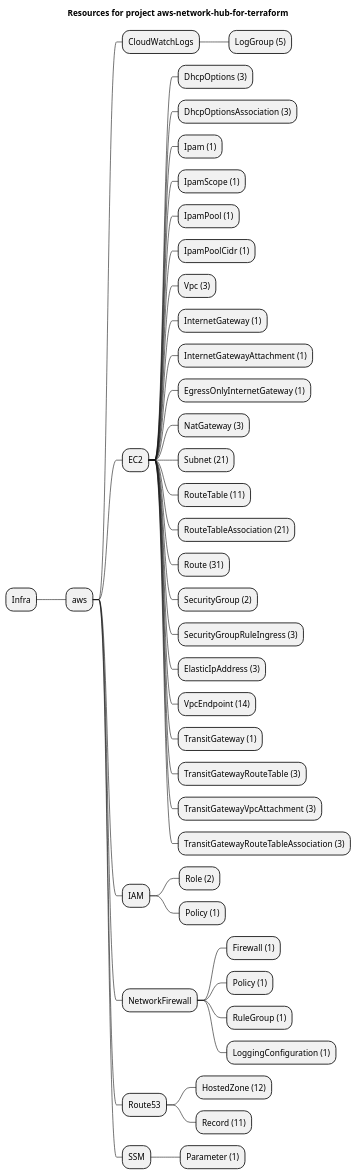
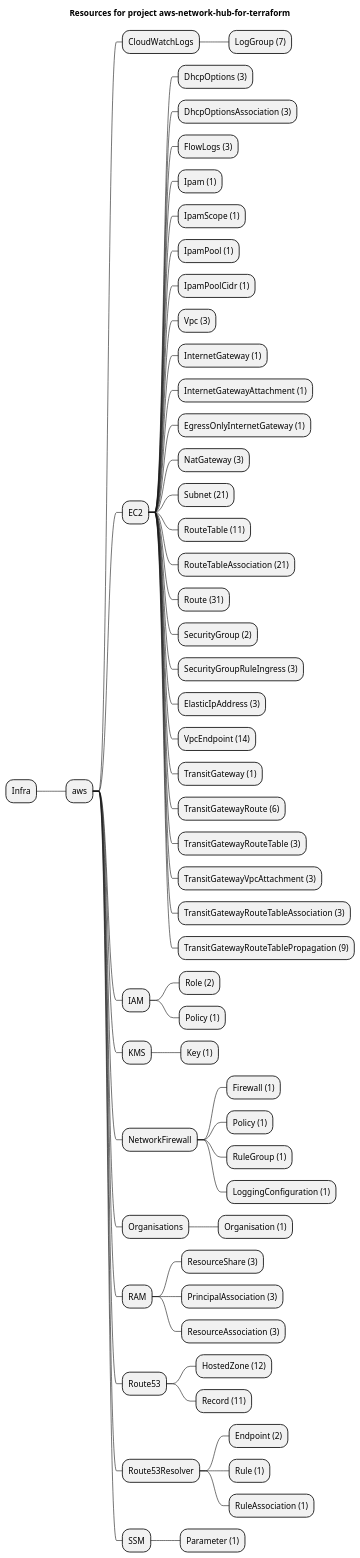
One commit to grucloud/grucloud changed the diagram in examples/aws/aws-samples/aws-network-hub-for-terraform/artifacts/resources-mindmap.puml. Above: the diagram before and after it, drawn with PlantUML. The commit also changed 478 other files, not shown here.

```diff
--- a/examples/aws/aws-samples/aws-network-hub-for-terraform/artifacts/resources-mindmap.puml
+++ b/examples/aws/aws-samples/aws-network-hub-for-terraform/artifacts/resources-mindmap.puml
@@ -1,45 +1,60 @@
 @startmindmap
 title Resources for project aws-network-hub-for-terraform
 skinparam monochrome true
 + Infra
 ++ aws
 +++ CloudWatchLogs
-++++ LogGroup (5)
+++++ LogGroup (7)
 +++ EC2
 ++++ DhcpOptions (3)
 ++++ DhcpOptionsAssociation (3)
+++++ FlowLogs (3)
 ++++ Ipam (1)
 ++++ IpamScope (1)
 ++++ IpamPool (1)
 ++++ IpamPoolCidr (1)
 ++++ Vpc (3)
 ++++ InternetGateway (1)
 ++++ InternetGatewayAttachment (1)
 ++++ EgressOnlyInternetGateway (1)
 ++++ NatGateway (3)
 ++++ Subnet (21)
 ++++ RouteTable (11)
 ++++ RouteTableAssociation (21)
 ++++ Route (31)
 ++++ SecurityGroup (2)
 ++++ SecurityGroupRuleIngress (3)
 ++++ ElasticIpAddress (3)
 ++++ VpcEndpoint (14)
 ++++ TransitGateway (1)
+++++ TransitGatewayRoute (6)
 ++++ TransitGatewayRouteTable (3)
 ++++ TransitGatewayVpcAttachment (3)
 ++++ TransitGatewayRouteTableAssociation (3)
+++++ TransitGatewayRouteTablePropagation (9)
 +++ IAM
 ++++ Role (2)
 ++++ Policy (1)
++++ KMS
+++++ Key (1)
 +++ NetworkFirewall
 ++++ Firewall (1)
 ++++ Policy (1)
 ++++ RuleGroup (1)
 ++++ LoggingConfiguration (1)
++++ Organisations
+++++ Organisation (1)
++++ RAM
+++++ ResourceShare (3)
+++++ PrincipalAssociation (3)
+++++ ResourceAssociation (3)
 +++ Route53
 ++++ HostedZone (12)
 ++++ Record (11)
++++ Route53Resolver
+++++ Endpoint (2)
+++++ Rule (1)
+++++ RuleAssociation (1)
 +++ SSM
 ++++ Parameter (1)
 @endmindmap
```
